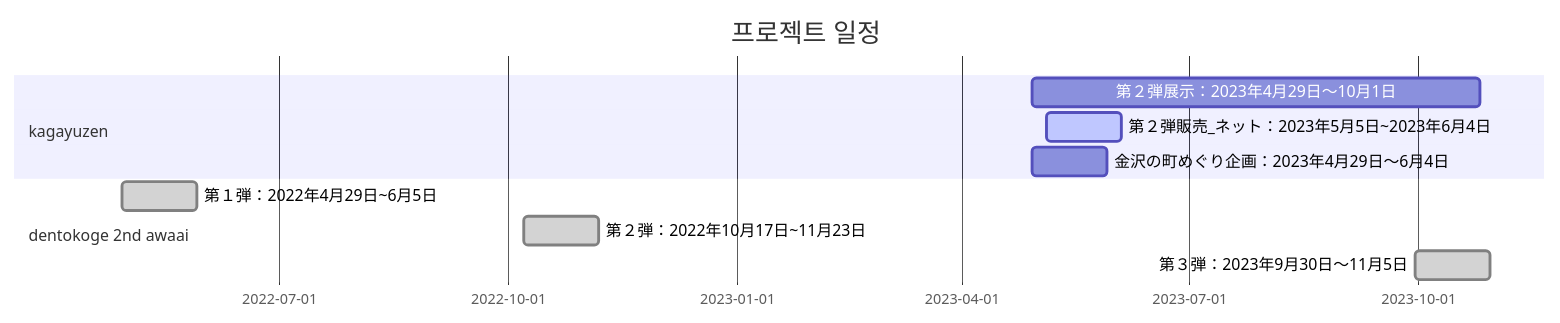
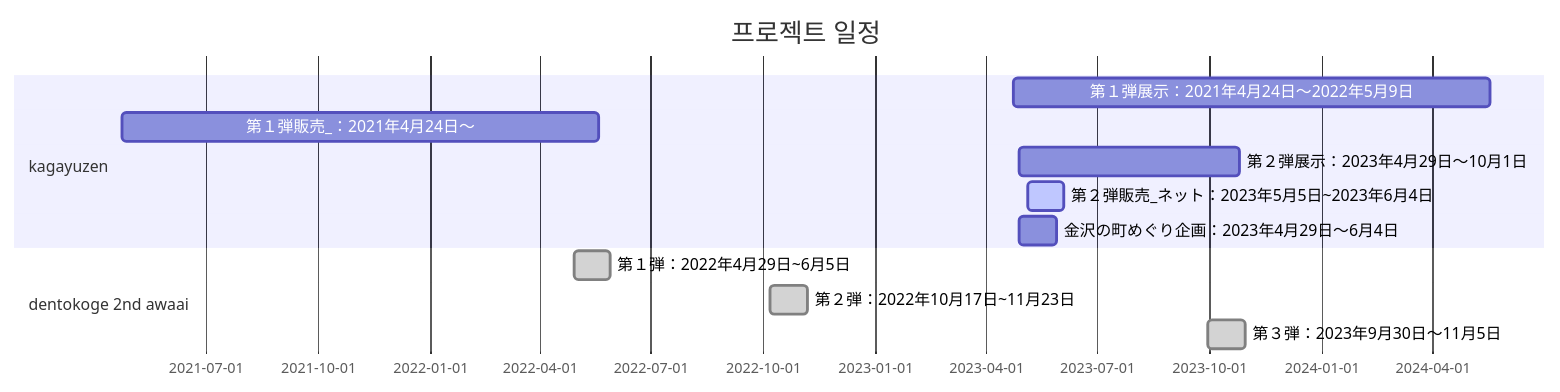
One commit to JihongNMI/SQL-and-Java changed the diagram in 정리_세계시간.md. Above: the diagram before and after it, drawn with Mermaid. The commit also changed other lines of this file, not shown here.

````diff
--- a/정리_세계시간.md
+++ b/정리_세계시간.md
@@ -1,17 +1,19 @@
 ```mermaid
 gantt
     title 프로젝트 일정
     dateFormat  YYYY-MM-DD
 
     section kagayuzen
+    第１弾展示：2021年4月24日～2022年5月9日    :    2023-04-24, 390d
+    第１弾販売_：2021年4月24日～    :    2021-04-24, 390d
     
-    第２弾展示：2023年4月29日～10月1日        :         2023-04-29, 180d
-    第２弾販売_ネット：2023年5月5日~2023年6月4日        :active,  2023-05-05, 30d
-    金沢の町めぐり企画：2023年4月29日～6月4日        :         2023-04-29, 30d
+    第２弾展示：2023年4月29日～10月1日    :    2023-04-29, 180d
+    第２弾販売_ネット：2023年5月5日~2023年6月4日    :    active, 2023-05-05, 30d
+    金沢の町めぐり企画：2023年4月29日～6月4日    :    2023-04-29, 30d
 
     section dentokoge 2nd awaai
-    第１弾：2022年4月29日~6月5日        :done,    2022-04-29, 30d
-    第２弾：2022年10月17日~11月23日         :done,    2022-10-07, 30d
-    第３弾：2023年9月30日～11月5日      :done,    2023-09-30, 30d
+    第１弾：2022年4月29日~6月5日    :done,    2022-04-29, 30d
+    第２弾：2022年10月17日~11月23日    :done,    2022-10-07, 30d
+    第３弾：2023年9月30日～11月5日    :done,    2023-09-30, 30d
 
 ```
````
